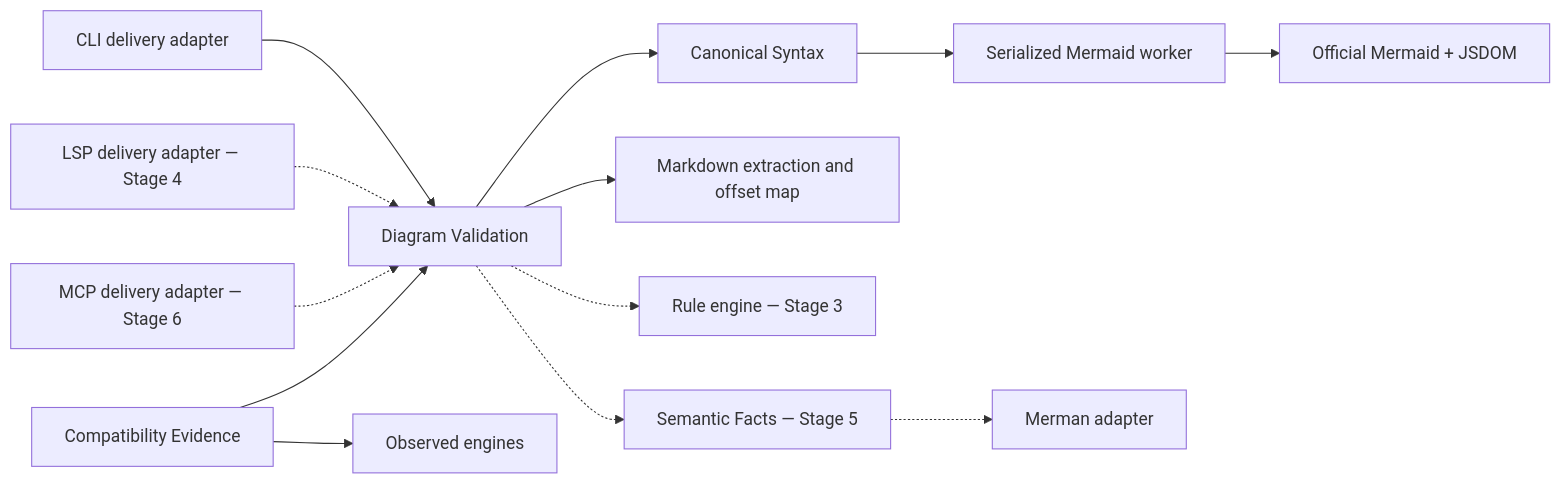
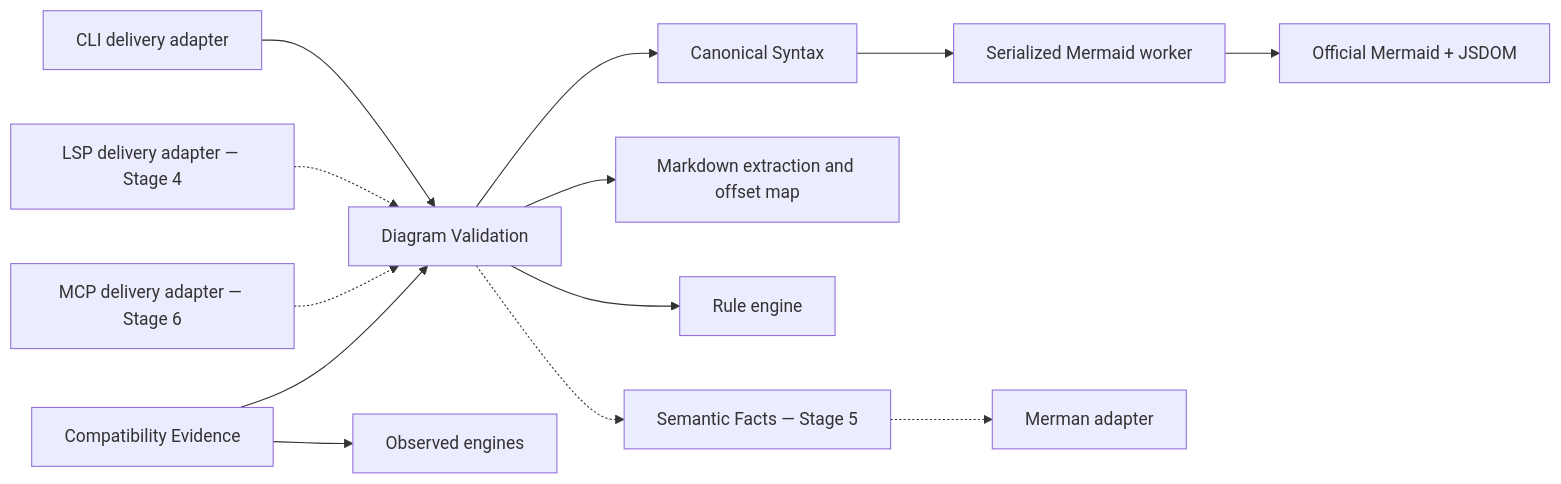
One commit to sanbaiw/mermaid-validator changed the first of 2 diagrams in ARCHITECTURE.md. Above: the diagram before and after it, drawn with Mermaid. The commit also changed other lines of this file and 40 other files, not shown here.

Commit message:
feat: implement stage 3 rules and safe fixes

````diff
--- a/ARCHITECTURE.md
+++ b/ARCHITECTURE.md
@@ -60,17 +60,17 @@
 ```mermaid
 flowchart LR
   CLI["CLI delivery adapter"] --> VALIDATION["Diagram Validation"]
   LSP["LSP delivery adapter — Stage 4"] -.-> VALIDATION
   MCP["MCP delivery adapter — Stage 6"] -.-> VALIDATION
   COMPAT["Compatibility Evidence"] --> VALIDATION
   COMPAT --> OBSERVED["Observed engines"]
 
   VALIDATION --> SYNTAX["Canonical Syntax"]
   VALIDATION --> EXTRACTION["Markdown extraction and offset map"]
-  VALIDATION -.-> RULES["Rule engine — Stage 3"]
+  VALIDATION --> RULES["Rule engine"]
   VALIDATION -.-> FACTS["Semantic Facts — Stage 5"]
 
   SYNTAX --> WORKER["Serialized Mermaid worker"]
   WORKER --> MERMAID["Official Mermaid + JSDOM"]
   FACTS -.-> MERMAN["Merman adapter"]
 ```
````
